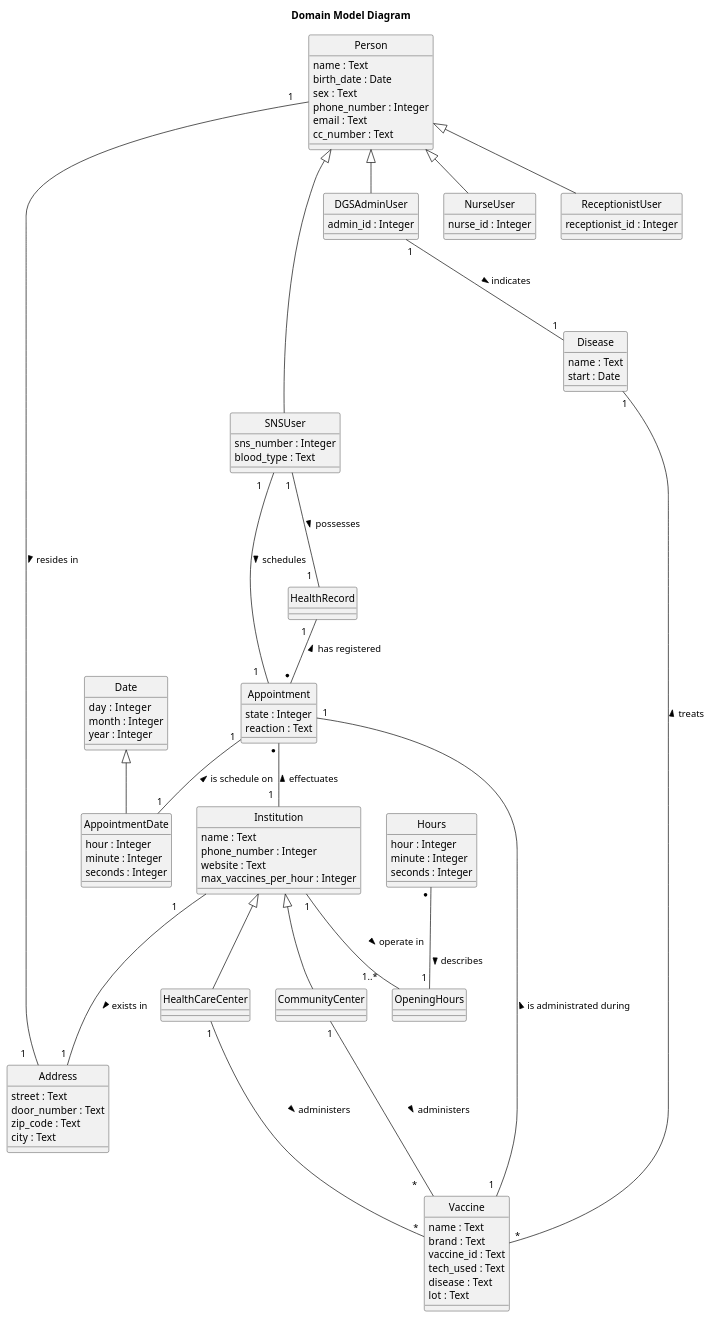
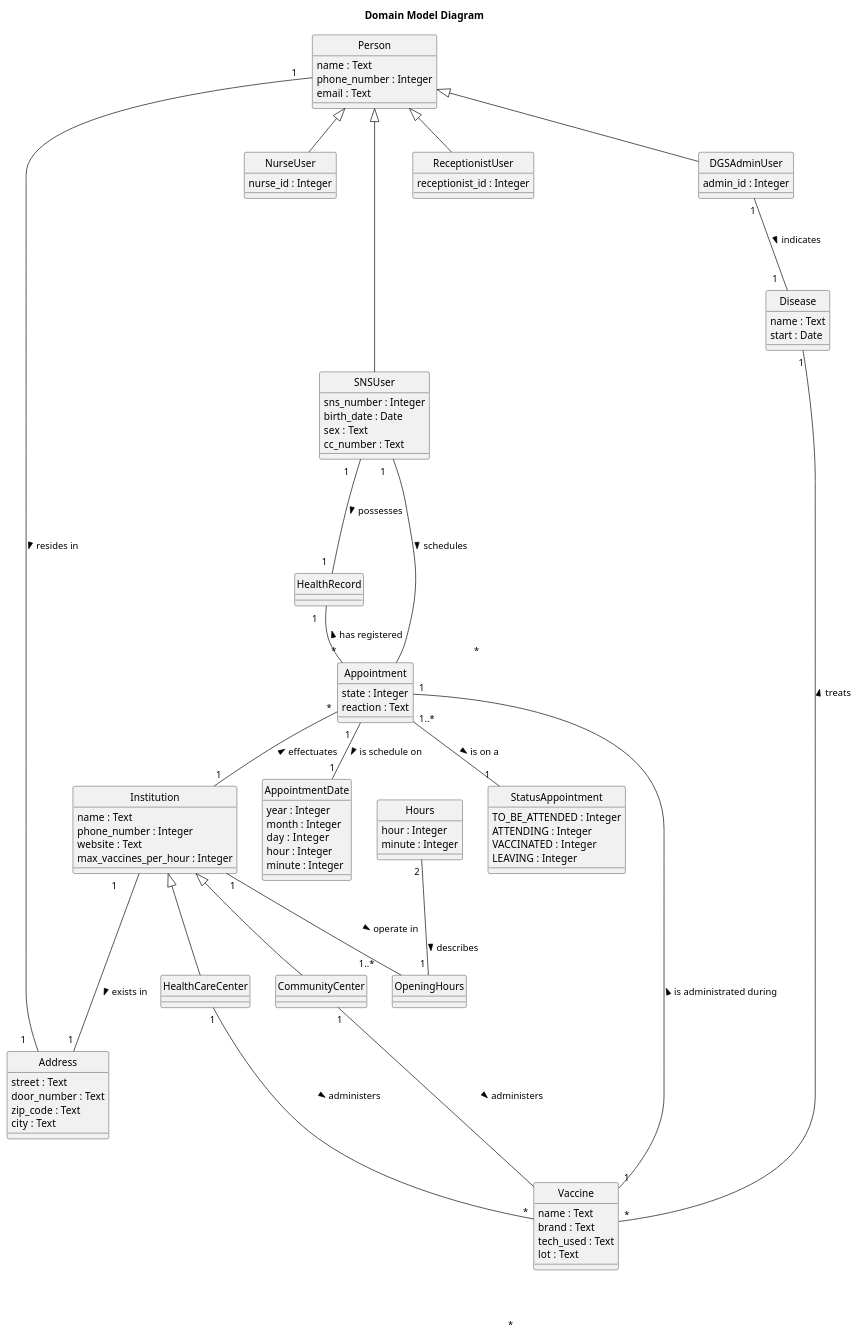
The diagram in docs/system-documentation/global-artifacts/puml/domain_model.puml (pedroguilherme-web/leti-esoft-25-26-A1), drawn with PlantUML before and after one commit.

Commit message:
- Refratoração no Modelo Dominio

```diff
--- a/docs/system-documentation/global-artifacts/puml/domain_model.puml
+++ b/docs/system-documentation/global-artifacts/puml/domain_model.puml
@@ -1,104 +1,104 @@
 @startuml
 'https://plantuml.com/class-diagram
 
 hide circle
 top to bottom direction
 'skinparam linetype ortho
 title Domain Model Diagram
 
 class Person {
     name : Text
-    birth_date : Date
-    sex : Text
     phone_number : Integer
     email : Text
-    cc_number : Text
 }
 class NurseUser {
     nurse_id : Integer
 }
 class SNSUser {
     sns_number : Integer
-    blood_type : Text
+    birth_date : Date
+    sex : Text
+    cc_number : Text
 }
 class ReceptionistUser {
     receptionist_id : Integer
 }
 class DGSAdminUser {
     admin_id : Integer
 }
 class Vaccine {
     name : Text
     brand : Text
-    vaccine_id : Text
     tech_used : Text
-    disease : Text
     lot : Text
 }
 class Appointment {
     state : Integer
     reaction : Text
+}
+class StatusAppointment {
+    TO_BE_ATTENDED : Integer
+    ATTENDING : Integer
+    VACCINATED : Integer
+    LEAVING : Integer
 }
 class Institution {
     name : Text
     phone_number : Integer
     website : Text
     max_vaccines_per_hour : Integer
 }
 class HealthCareCenter {
 }
 class CommunityCenter {
 }
 class Address {
     street : Text
     door_number : Text
     zip_code : Text
     city : Text
 }
-class Date {
+
+class AppointmentDate {
+    year : Integer
+    month : Integer
     day  : Integer
-    month : Integer
-    year : Integer
-}
-class AppointmentDate {
     hour : Integer
     minute : Integer
-    seconds : Integer
 }
 class Hours {
     hour : Integer
     minute : Integer
-    seconds : Integer
 }
 class HealthRecord {
 }
 class OpeningHours {
 }
 class Disease {
     name : Text
     start : Date
 }
 
 Person <|-- NurseUser
 Person <|---- SNSUser
 Person <|-- ReceptionistUser
 Person <|-- DGSAdminUser
 Person "1    " - "1    "  Address: resides in >
 Institution <|-- HealthCareCenter
 Institution <|-- CommunityCenter
 HealthCareCenter "1" --- "*" Vaccine: administers >
 CommunityCenter "1" --- "\n \n \n \n \n \n \n \n \n \n *      " Vaccine: administers >
-SNSUser "1 " --- "1  " HealthRecord: possesses >
-HealthRecord "1   " -- "* " Appointment: < has registered
+SNSUser "1    " --- "1  " HealthRecord: possesses >
+HealthRecord "1   " -- "*" Appointment: < has registered
 Institution "1        " --- "1 " Address: exists in >
-Institution "1" -- "1..*               " OpeningHours: "operate in >"
-Date <|-- AppointmentDate
-DGSAdminUser "1" -- "\n \n \n \n 1" Disease: "\n indicates >"
-Appointment "1   " --- "1    " SNSUser: < schedules
-Appointment "* " -- "1  " Institution: < effectuates
-Appointment "1" -- "1" AppointmentDate: < is schedule on
+Institution "1" -- "1..*                 " OpeningHours: operate in >
+DGSAdminUser "1" -- "1   " Disease: "\n indicates >"
+Appointment "                            *" --- "1    " SNSUser: < schedules
+Appointment "*" -- "1" Institution: < effectuates
+Appointment "1   " -- "1" AppointmentDate: is schedule on >
 Appointment "1" -- "1  " Vaccine: < is administrated during
+Appointment "1..*   " -- "1 " StatusAppointment: is on a >
 Disease "1" -- "*" Vaccine: < treats
-Hours "* " -- "1 " OpeningHours: "\n \n \ndescribes >"
+Hours "2 " -- "1 " OpeningHours: "\n \n \ndescribes >"
 
 @enduml
```
